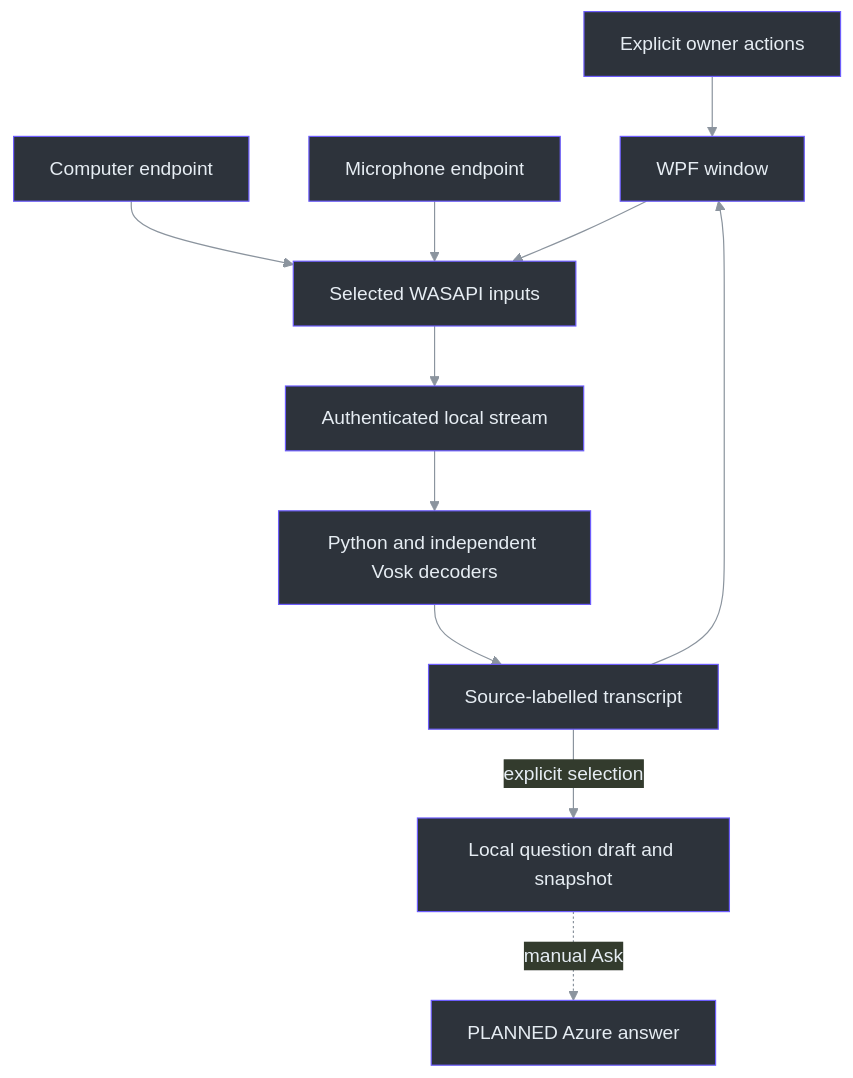
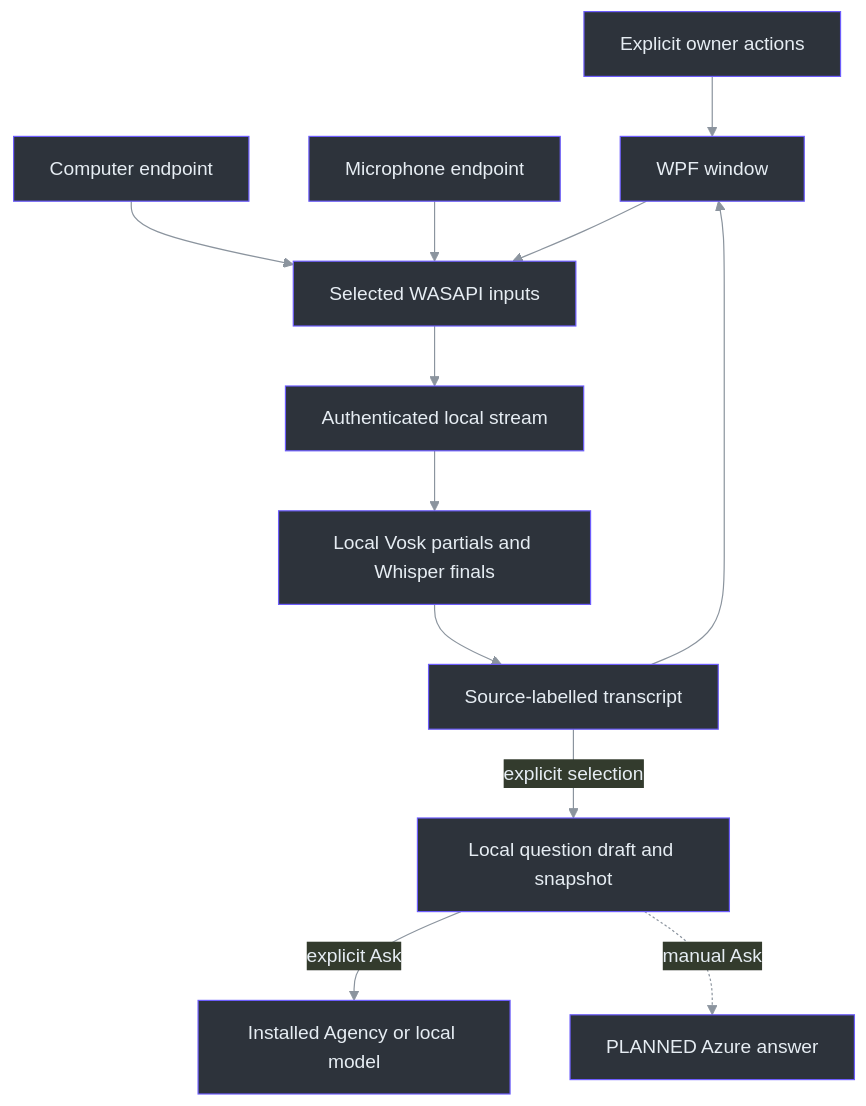
Before and after one commit to Zanark/phantom-fudge: the second of 2 diagrams in docs/handbook/00-reading-map.md, drawn with Mermaid. The commit also changed other lines of this file and 371 other files, not shown here.

````diff
--- a/docs/handbook/00-reading-map.md
+++ b/docs/handbook/00-reading-map.md
@@ -79,18 +89,19 @@
 ```mermaid
 ---
 config: {"theme":"base","themeVariables":{"primaryColor":"#2d333b","primaryBorderColor":"#6d5dfc","primaryTextColor":"#e6edf3","lineColor":"#8b949e","clusterBkg":"#161b22","clusterBorder":"#30363d"}}
 ---
 flowchart TB
     accTitle: Implemented local pipeline and planned Azure boundary
     accDescr: Explicit selected audio goes through native capture and local recognition; future selected questions may be sent on manual Ask.
     Owner["Explicit owner actions"] --> UI["WPF window"]
     Computer["Computer endpoint"] --> Capture["Selected WASAPI inputs"]
     Mic["Microphone endpoint"] --> Capture
     UI --> Capture
     Capture --> Socket["Authenticated local stream"]
-    Socket --> ASR["Python and independent Vosk decoders"]
+    Socket --> ASR["Local Vosk partials and Whisper finals"]
     ASR --> Text["Source-labelled transcript"]
     Text --> UI
     Text -->|"explicit selection"| Draft["Local question draft and snapshot"]
+    Draft -->|"explicit Ask"| Agency["Installed Agency or local model"]
     Draft -. "manual Ask" .-> Azure["PLANNED Azure answer"]
 ```
````
